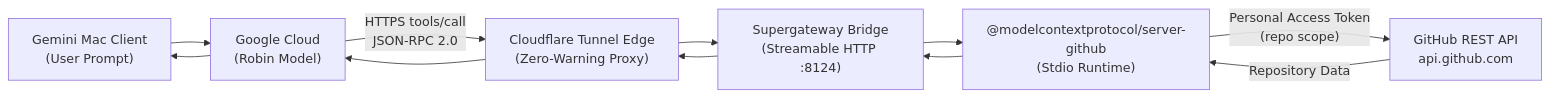
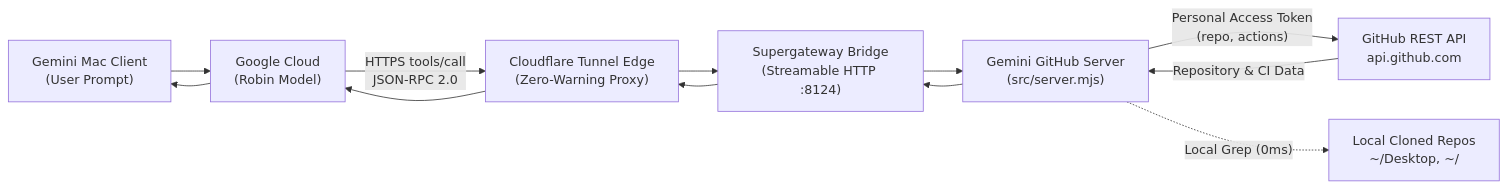
The diagram in README.md (M4F-S/gemini-github-mcp), drawn with Mermaid before and after one commit. The commit also changed other lines of this file and 3 other files, not shown here.

Commit message:
feat: release v1.1.0 with GitHub Actions CI/CD telemetry, ETag caching, and compound PR workflows

````diff
--- a/README.md
+++ b/README.md
@@ -25,10 +24,11 @@
 ```mermaid
 flowchart LR
     A["Gemini Mac Client<br/>(User Prompt)"] --> B["Google Cloud<br/>(Robin Model)"]
     B -- "HTTPS tools/call<br/>JSON-RPC 2.0" --> C["Cloudflare Tunnel Edge<br/>(Zero-Warning Proxy)"]
     C --> D["Supergateway Bridge<br/>(Streamable HTTP :8124)"]
-    D --> E["@modelcontextprotocol/server-github<br/>(Stdio Runtime)"]
-    E -- "Personal Access Token<br/>(repo scope)" --> F["GitHub REST API<br/>api.github.com"]
-    F -- "Repository Data" --> E
+    D --> E["Gemini GitHub Server<br/>(src/server.mjs)"]
+    E -- "Personal Access Token<br/>(repo, actions)" --> F["GitHub REST API<br/>api.github.com"]
+    E -. "Local Grep (0ms)" .-> G["Local Cloned Repos<br/>~/Desktop, ~/"]
+    F -- "Repository & CI Data" --> E
     E --> D --> C --> B --> A
 ```
````
